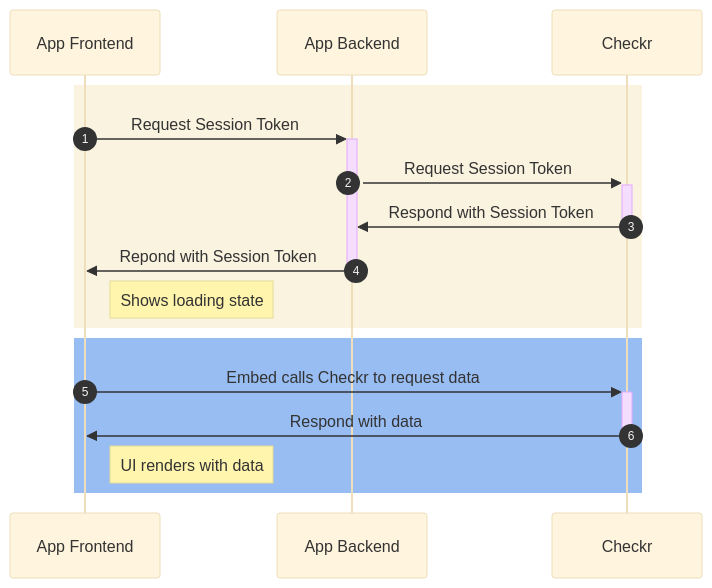
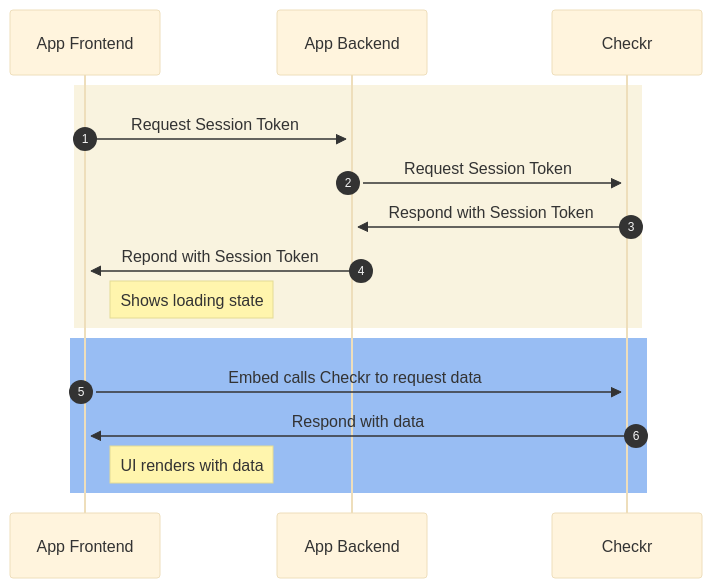
One commit to checkr/oauth-reference-integration changed the second of 2 diagrams in README.md. Above: the diagram before and after it, drawn with Mermaid (base theme). The commit also changed other lines of this file, not shown here.

Commit message:
Cleanup diagram

````diff
--- a/README.md
+++ b/README.md
@@ -88,17 +88,17 @@
 ```mermaid
 sequenceDiagram
   autonumber
 
   rect rgb(249, 243, 223)
     App Frontend->>+App Backend: Request Session Token
     App Backend->>+Checkr: Request Session Token
-    Checkr->>-App Backend: Respond with Session Token
-    App Backend->>-App Frontend: Repond with Session Token
+    Checkr->>+App Backend: Respond with Session Token
+    App Backend->>+App Frontend: Repond with Session Token
     Note right of App Frontend: Shows loading state
   end
   rect rgb(152, 189, 243)
     App Frontend->>+Checkr: Embed calls Checkr to request data
-    Checkr->>-App Frontend: Respond with data
+    Checkr->>+App Frontend: Respond with data
     Note right of App Frontend: UI renders with data
   end
 ```
````
